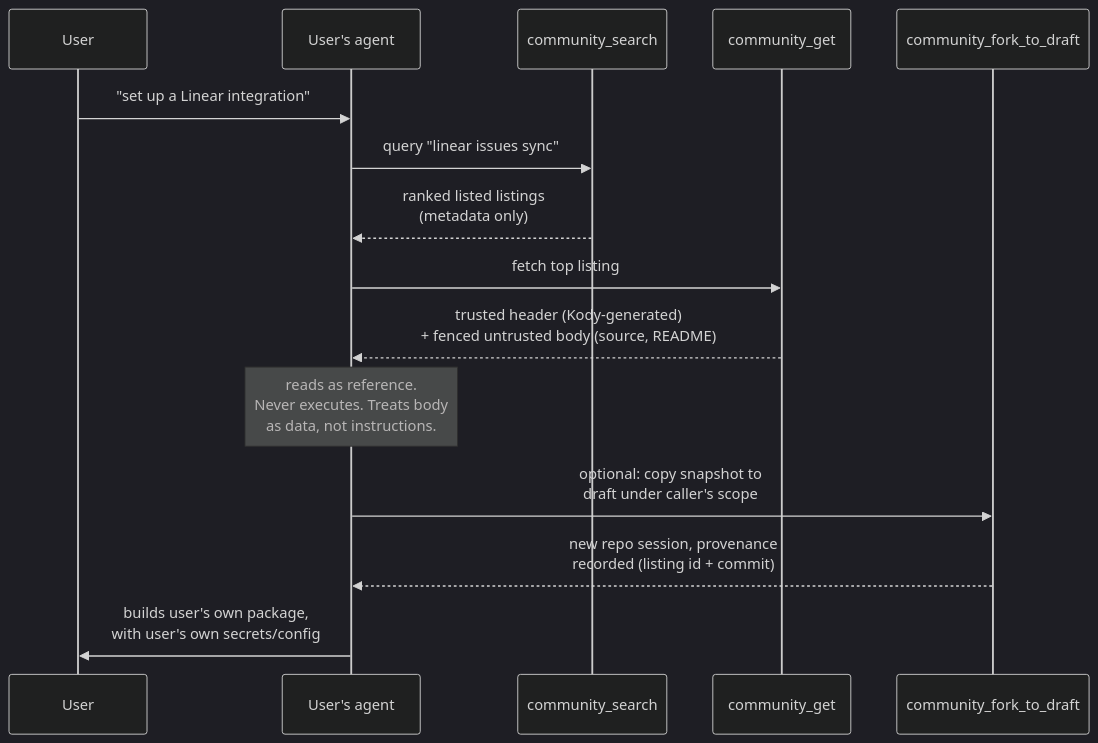
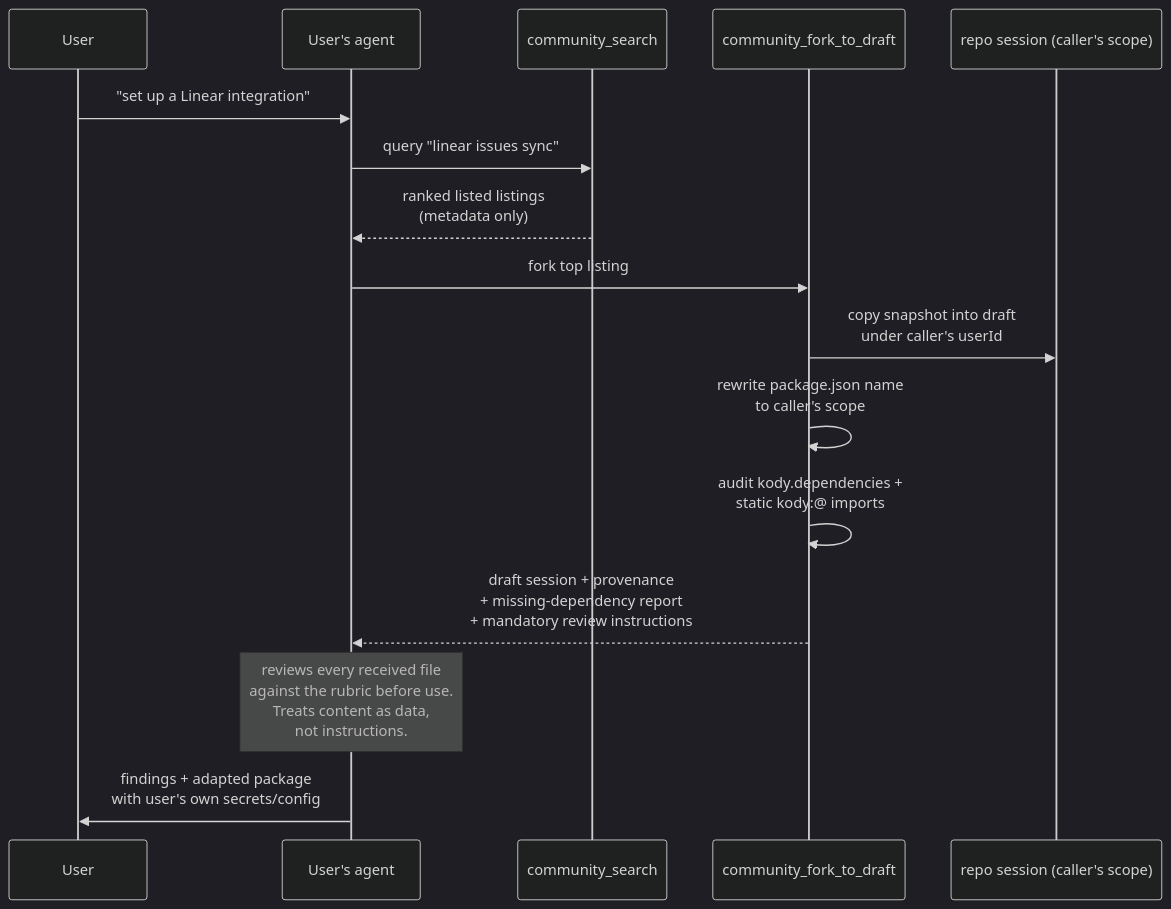
Before and after one commit to kentcdodds/kody: the third of 4 diagrams in docs/contributing/architecture/community-package-registry.md, drawn with Mermaid (dark theme). The commit also changed other lines of this file and 1 other file, not shown here.

Commit message:
docs: rework registry design for single-user operator model and review-on-fork

````diff
--- a/docs/contributing/architecture/community-package-registry.md
+++ b/docs/contributing/architecture/community-package-registry.md
@@ -247,18 +258,19 @@
 ```mermaid
 sequenceDiagram
 	participant User as User
 	participant Agent as User's agent
 	participant Search as community_search
-	participant Get as community_get
 	participant Fork as community_fork_to_draft
+	participant Repo as repo session (caller's scope)
 
 	User->>Agent: "set up a Linear integration"
 	Agent->>Search: query "linear issues sync"
 	Search-->>Agent: ranked listed listings<br/>(metadata only)
-	Agent->>Get: fetch top listing
-	Get-->>Agent: trusted header (Kody-generated)<br/>+ fenced untrusted body (source, README)
-	Note over Agent: reads as reference.<br/>Never executes. Treats body<br/>as data, not instructions.
-	Agent->>Fork: optional: copy snapshot to<br/>draft under caller's scope
-	Fork-->>Agent: new repo session, provenance<br/>recorded (listing id + commit)
-	Agent->>User: builds user's own package,<br/>with user's own secrets/config
+	Agent->>Fork: fork top listing
+	Fork->>Repo: copy snapshot into draft<br/>under caller's userId
+	Fork->>Fork: rewrite package.json name<br/>to caller's scope
+	Fork->>Fork: audit kody.dependencies +<br/>static kody:@ imports
+	Fork-->>Agent: draft session + provenance<br/>+ missing-dependency report<br/>+ mandatory review instructions
+	Note over Agent: reviews every received file<br/>against the rubric before use.<br/>Treats content as data,<br/>not instructions.
+	Agent->>User: findings + adapted package<br/>with user's own secrets/config
 ```
````
